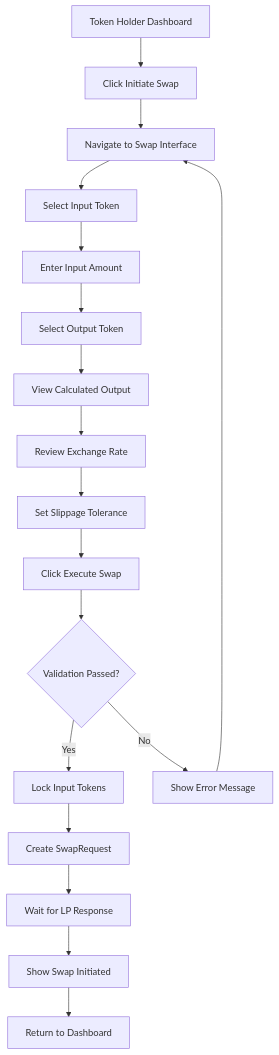
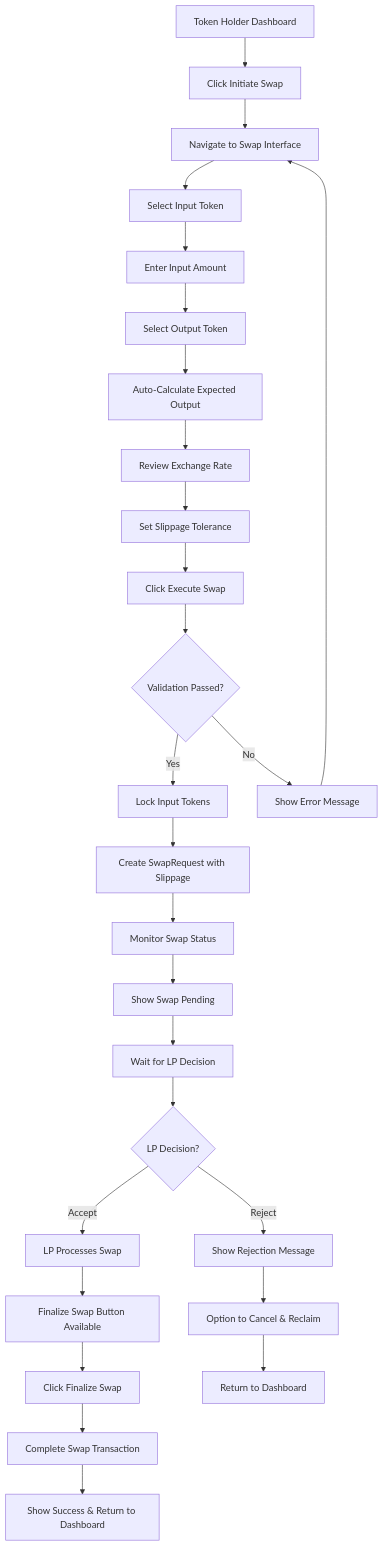
One commit to anhlh2311/daml-exchange changed diagram 11 of 24 in USER_FLOW_CHART.md. Above: the diagram before and after it, drawn with Mermaid. The commit also changed other lines of this file and 3 other files, not shown here.

Commit message:
doc: update Workflow, User stories, User flow chart based on the updated design of Swap

````diff
--- a/USER_FLOW_CHART.md
+++ b/USER_FLOW_CHART.md
@@ -244,20 +244,29 @@
 ```mermaid
 flowchart TD
     A[Token Holder Dashboard] --> B[Click Initiate Swap]
     B --> C[Navigate to Swap Interface]
     C --> D[Select Input Token]
     D --> E[Enter Input Amount]
     E --> F[Select Output Token]
-    F --> G[View Calculated Output]
+    F --> G[Auto-Calculate Expected Output]
     G --> H[Review Exchange Rate]
     H --> I[Set Slippage Tolerance]
     I --> J[Click Execute Swap]
     J --> K{Validation Passed?}
     K -->|Yes| L[Lock Input Tokens]
     K -->|No| M[Show Error Message]
     M --> C
-    L --> N[Create SwapRequest]
-    N --> O[Wait for LP Response]
-    O --> P[Show Swap Initiated]
-    P --> Q[Return to Dashboard]
+    L --> N[Create SwapRequest with Slippage]
+    N --> O[Monitor Swap Status]
+    O --> P[Show Swap Pending]
+    P --> Q[Wait for LP Decision]
+    Q --> R{LP Decision?}
+    R -->|Accept| S[LP Processes Swap]
+    R -->|Reject| T[Show Rejection Message]
+    S --> U[Finalize Swap Button Available]
+    T --> V[Option to Cancel & Reclaim]
+    U --> W[Click Finalize Swap]
+    W --> X[Complete Swap Transaction]
+    X --> Y[Show Success & Return to Dashboard]
+    V --> Z[Return to Dashboard]
 ```
````
